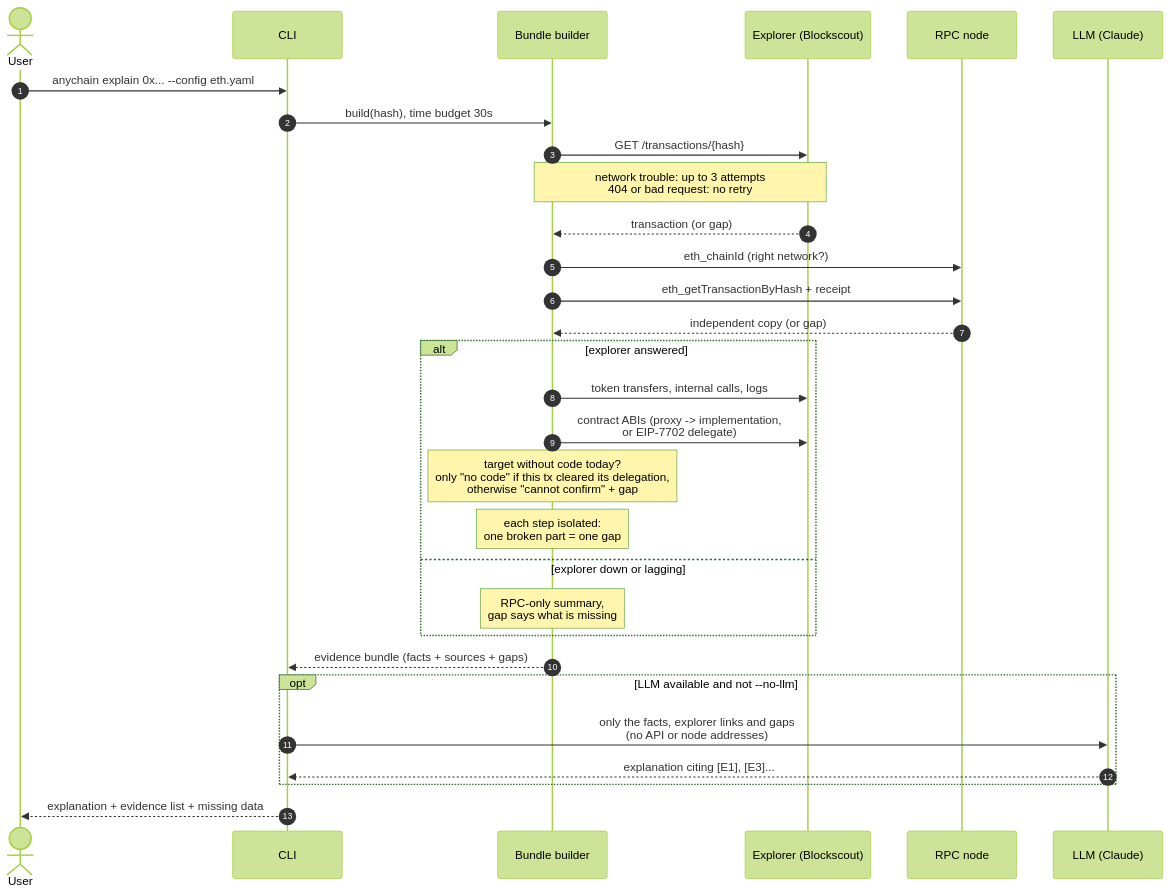
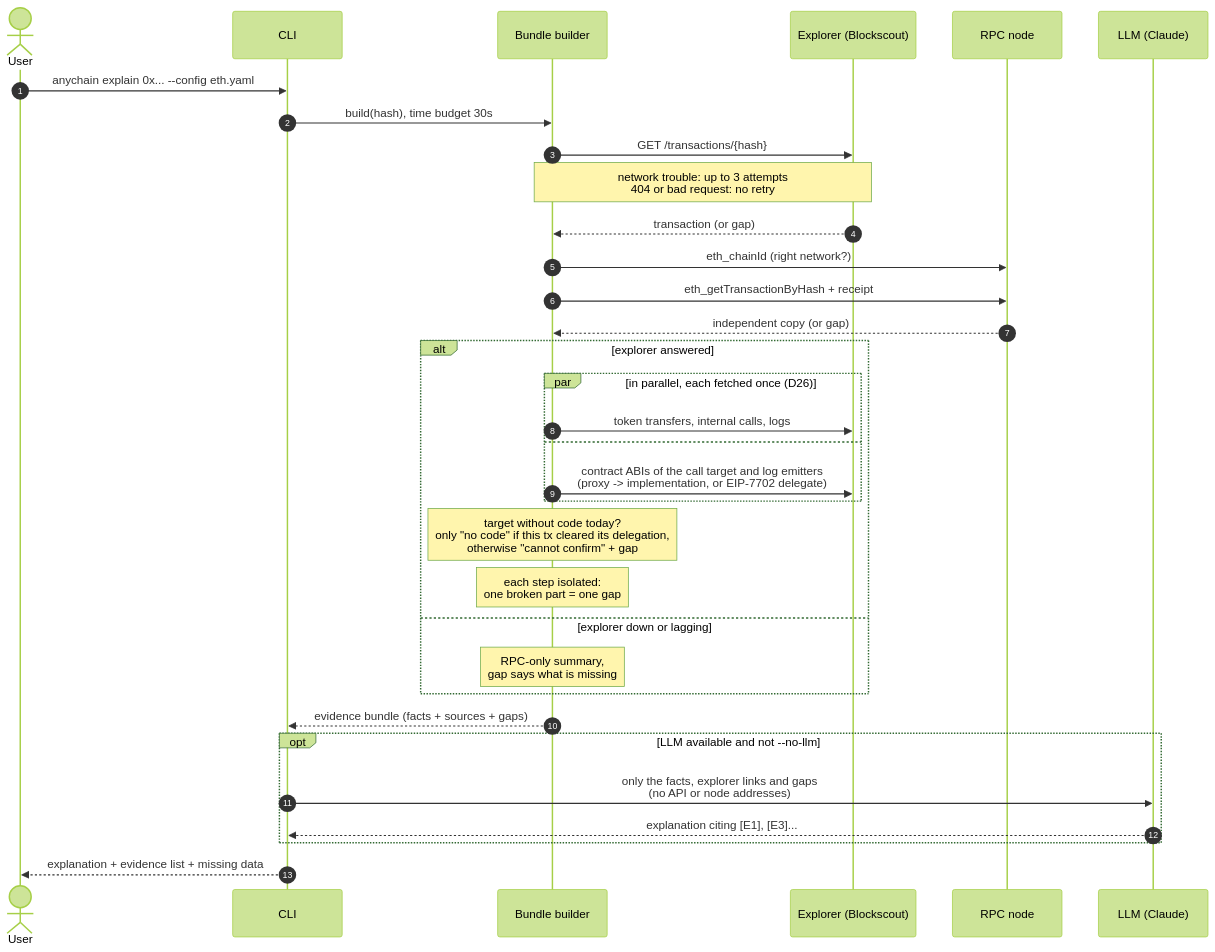
The second of 5 diagrams in docs/ARCHITECTURE.md (Ebaoj/anychain), drawn with Mermaid (forest theme) before and after one commit. The commit also changed other lines of this file and 14 other files, not shown here.

First line of the commit message:
Level C fixes C3, C11, C12 (D26): parallel explorer prefetch, value-moving internal calls survive the cutoff, reverts worded as the explorer reports

````diff
--- a/docs/ARCHITECTURE.md
+++ b/docs/ARCHITECTURE.md
@@ -80,33 +80,36 @@
 ```mermaid
 sequenceDiagram
     autonumber
     actor U as User
     participant C as CLI
     participant B as Bundle builder
     participant E as Explorer (Blockscout)
     participant R as RPC node
     participant L as LLM (Claude)
 
     U->>C: anychain explain 0x... --config eth.yaml
     C->>B: build(hash), time budget 30s
     B->>E: GET /transactions/{hash}
     Note over B,E: network trouble: up to 3 attempts<br/>404 or bad request: no retry
     E-->>B: transaction (or gap)
     B->>R: eth_chainId (right network?)
     B->>R: eth_getTransactionByHash + receipt
     R-->>B: independent copy (or gap)
     alt explorer answered
-        B->>E: token transfers, internal calls, logs
-        B->>E: contract ABIs (proxy -> implementation,<br/>or EIP-7702 delegate)
+        par in parallel, each fetched once (D26)
+            B->>E: token transfers, internal calls, logs
+        and
+            B->>E: contract ABIs of the call target and log emitters<br/>(proxy -> implementation, or EIP-7702 delegate)
+        end
         Note over B: target without code today?<br/>only "no code" if this tx cleared its delegation,<br/>otherwise "cannot confirm" + gap
         Note over B: each step isolated:<br/>one broken part = one gap
     else explorer down or lagging
         Note over B: RPC-only summary,<br/>gap says what is missing
     end
     B-->>C: evidence bundle (facts + sources + gaps)
     opt LLM available and not --no-llm
         C->>L: only the facts, explorer links and gaps<br/>(no API or node addresses)
         L-->>C: explanation citing [E1], [E3]...
     end
     C-->>U: explanation + evidence list + missing data
 ```
````
